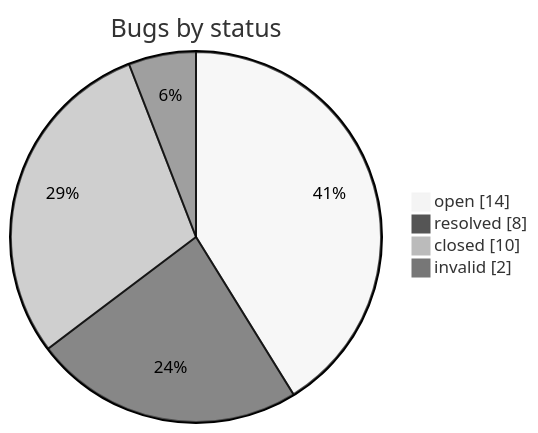
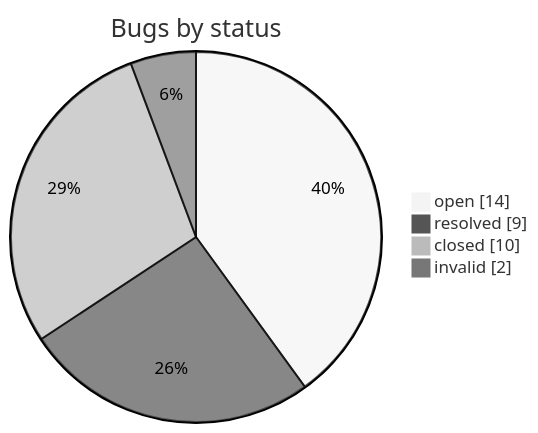
Before and after one commit to iammaxsu/automatic-testing-architecture: the second of 2 diagrams in STATUS.md, drawn with Mermaid (neutral theme). The commit also changed other lines of this file and 6 other files, not shown here.

````diff
--- a/STATUS.md
+++ b/STATUS.md
@@ -164,7 +164,7 @@
 ```mermaid
 pie showData title Bugs by status
     "open" : 14
-    "resolved" : 8
+    "resolved" : 9
     "closed" : 10
     "invalid" : 2
 ```
````
